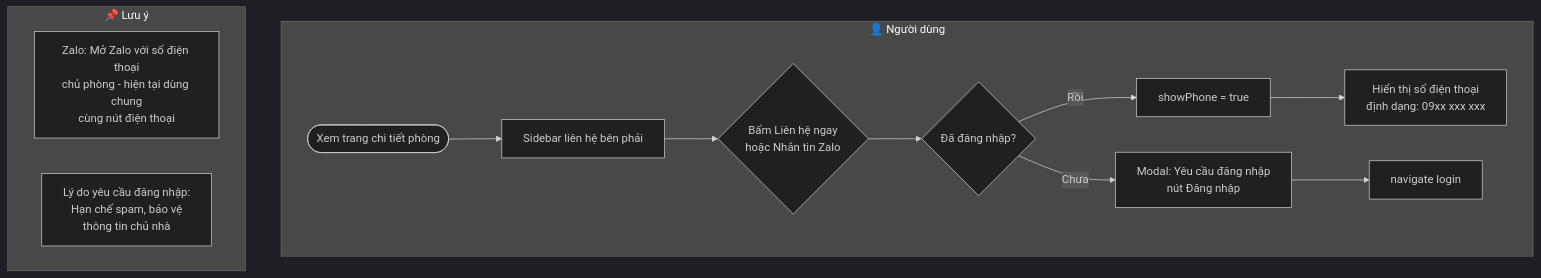
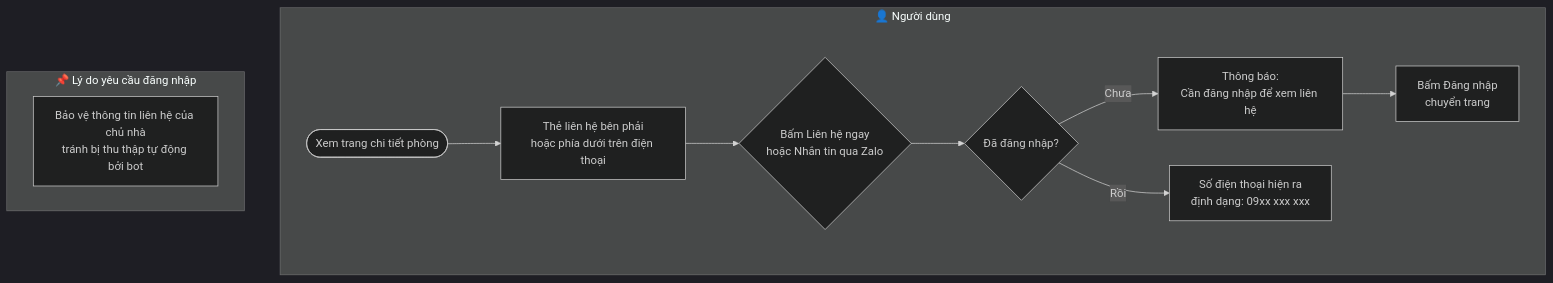
The fifth of 7 diagrams in prj_workflows/03_room_detail_workflow.md (natelyt12/trotot), drawn with Mermaid (dark theme) before and after one commit. The commit also changed other lines of this file and 5 other files, not shown here.

Commit message:
fix: sửa lại định dạng cho phù hợp với người low-code

````diff
--- a/prj_workflows/03_room_detail_workflow.md
+++ b/prj_workflows/03_room_detail_workflow.md
@@ -106,17 +104,15 @@
 ```mermaid
 flowchart TD
     subgraph USER["👤 Người dùng"]
-        A([Xem trang chi tiết phòng]) --> B[Sidebar liên hệ bên phải]
-        B --> C{Bấm Liên hệ ngay\nhoặc Nhắn tin Zalo}
+        A([Xem trang chi tiết phòng]) --> B[Thẻ liên hệ bên phải\nhoặc phía dưới trên điện thoại]
+        B --> C{Bấm Liên hệ ngay\nhoặc Nhắn tin qua Zalo}
         C --> D{Đã đăng nhập?}
-        D -- Chưa --> E[Modal: Yêu cầu đăng nhập\nnút Đăng nhập]
-        D -- Rồi --> F[showPhone = true]
-        F --> G[Hiển thị số điện thoại\nđịnh dạng: 09xx xxx xxx]
-        E --> H[navigate login]
+        D -- Chưa --> E[Thông báo:\nCần đăng nhập để xem liên hệ]
+        D -- Rồi --> F[Số điện thoại hiện ra\nđịnh dạng: 09xx xxx xxx]
+        E --> G[Bấm Đăng nhập\nchuyển trang]
     end
 
-    subgraph NOTE["📌 Lưu ý"]
-        I[Zalo: Mở Zalo với số điện thoại\nchủ phòng - hiện tại dùng chung\ncùng nút điện thoại]
-        J[Lý do yêu cầu đăng nhập:\nHạn chế spam, bảo vệ\nthông tin chủ nhà]
+    subgraph NOTE["📌 Lý do yêu cầu đăng nhập"]
+        H[Bảo vệ thông tin liên hệ của chủ nhà\ntránh bị thu thập tự động bởi bot]
     end
 ```
````
